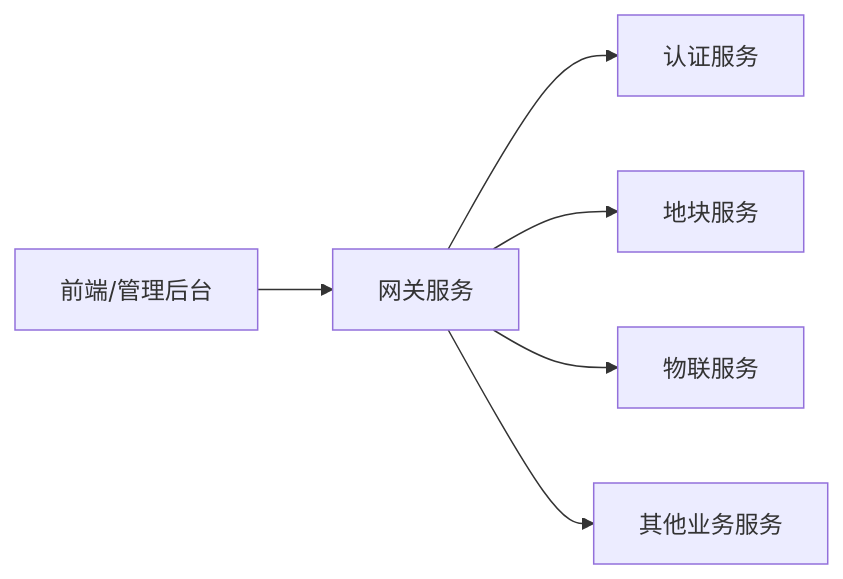
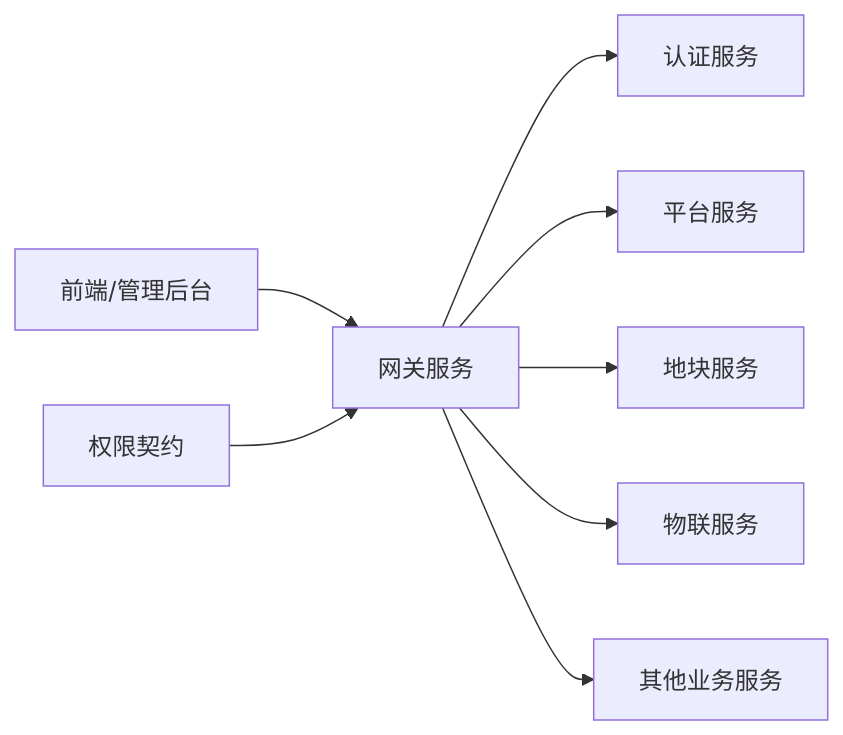
One commit to q446328246/agri-platform changed the fifth of 5 diagrams in .qoder/repowiki/zh/content/架构设计/安全架构.md. Above: the diagram before and after it, drawn with Mermaid. The commit also changed other lines of this file and 84 other files, not shown here.

````diff
--- a/.qoder/repowiki/zh/content/架构设计/安全架构.md
+++ b/.qoder/repowiki/zh/content/架构设计/安全架构.md
@@ -196,8 +248,10 @@
 ```mermaid
 graph LR
 Web["前端/管理后台"] --> GW["网关服务"]
 GW --> AUTH["认证服务"]
+GW --> PLATFORM["平台服务"]
 GW --> PLOT["地块服务"]
 GW --> IOT["物联服务"]
 GW --> OTHER["其他业务服务"]
+CONTRACTS["权限契约"] --> GW
 ```
````
